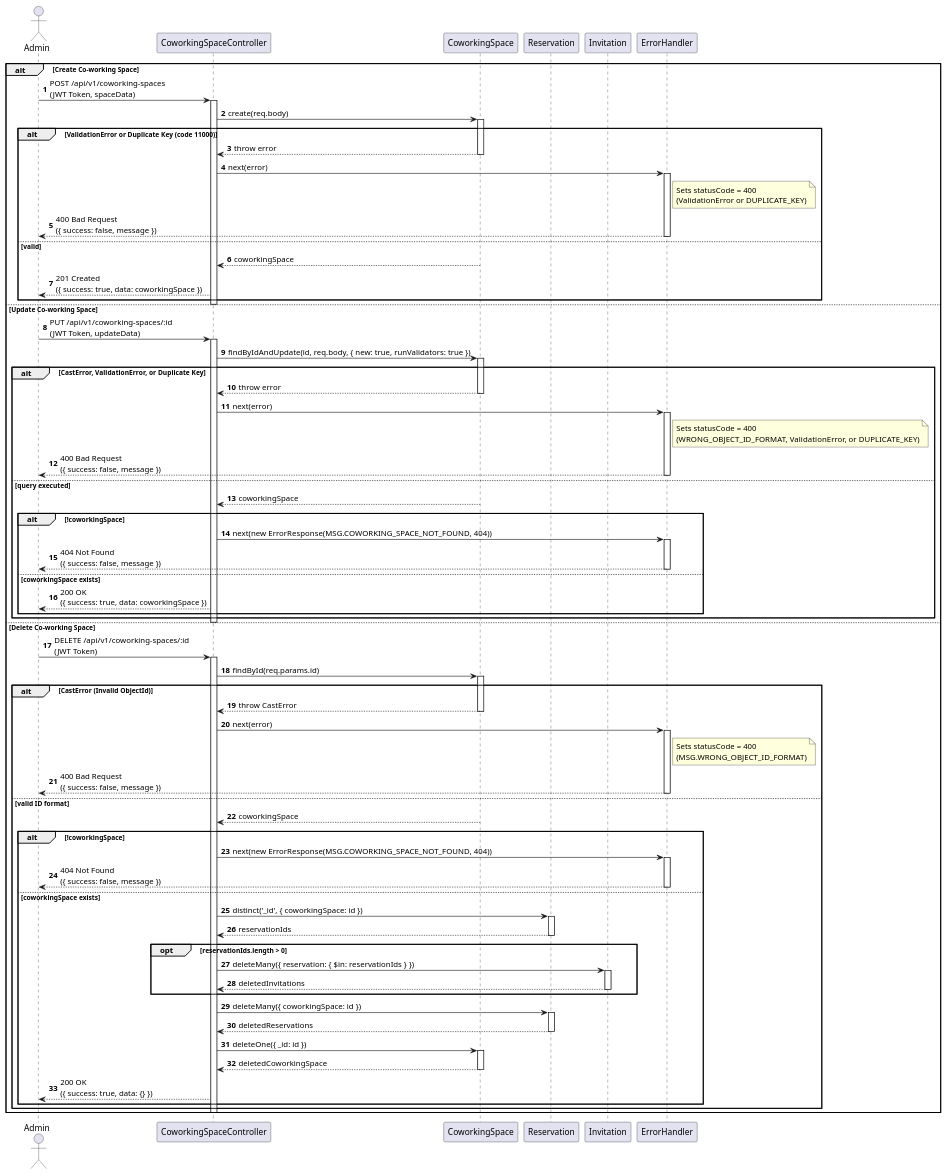
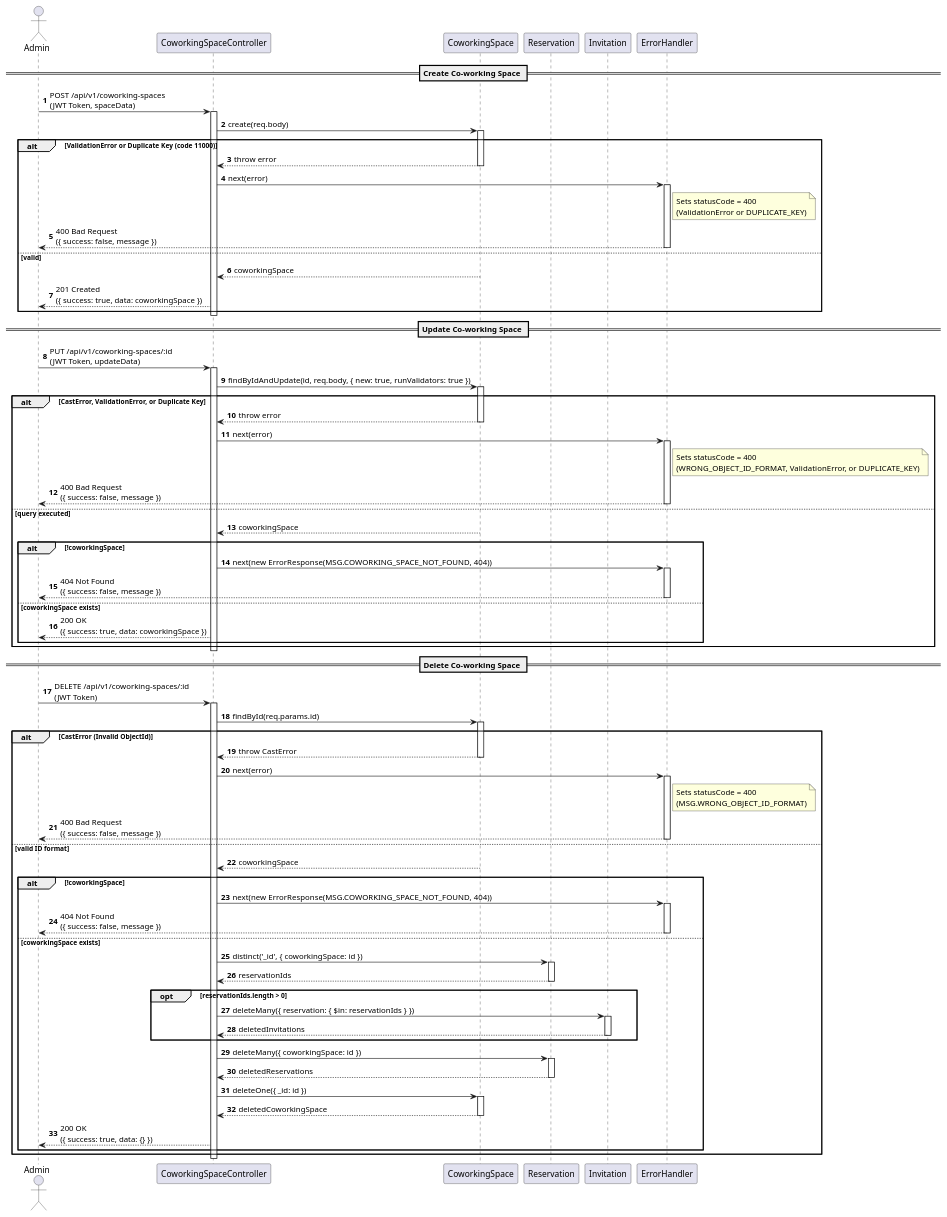
The diagram in docs/diagrams/sequence-diagram/seq-manage-coworking-spaces.puml (AiSiriRak/peony-room), drawn with PlantUML before and after one commit. The commit also changed 10 other files, not shown here.

Commit message:
fix(docs): add logout seq and edit sequence

```diff
--- a/docs/diagrams/sequence-diagram/seq-manage-coworking-spaces.puml
+++ b/docs/diagrams/sequence-diagram/seq-manage-coworking-spaces.puml
@@ -1,118 +1,121 @@
 @startuml Manage Co-working Spaces Sequence
 autonumber
 
 actor "Admin" as admin
 participant "CoworkingSpaceController" as controller
 participant "CoworkingSpace" as spaceSchema
 participant "Reservation" as reservationSchema
 participant "Invitation" as invitationSchema
 participant "ErrorHandler" as errHandler
 
-alt Create Co-working Space
-    admin -> controller : POST /api/v1/coworking-spaces\n(JWT Token, spaceData)
-    activate controller
+== Create Co-working Space ==
 
-    controller -> spaceSchema : create(req.body)
-    activate spaceSchema
+admin -> controller : POST /api/v1/coworking-spaces\n(JWT Token, spaceData)
+activate controller
 
-    alt ValidationError or Duplicate Key (code 11000)
-        spaceSchema --> controller : throw error
-        deactivate spaceSchema
-        controller -> errHandler : next(error)
+controller -> spaceSchema : create(req.body)
+activate spaceSchema
+
+alt ValidationError or Duplicate Key (code 11000)
+    spaceSchema --> controller : throw error
+    deactivate spaceSchema
+    controller -> errHandler : next(error)
+    activate errHandler
+    note right of errHandler : Sets statusCode = 400\n(ValidationError or DUPLICATE_KEY)
+    errHandler --> admin : 400 Bad Request\n({ success: false, message })
+    deactivate errHandler
+else valid
+    spaceSchema --> controller : coworkingSpace
+    deactivate spaceSchema
+    controller --> admin : 201 Created\n({ success: true, data: coworkingSpace })
+end
+
+deactivate controller
+
+== Update Co-working Space ==
+
+admin -> controller : PUT /api/v1/coworking-spaces/:id\n(JWT Token, updateData)
+activate controller
+
+controller -> spaceSchema : findByIdAndUpdate(id, req.body, { new: true, runValidators: true })
+activate spaceSchema
+
+alt CastError, ValidationError, or Duplicate Key
+    spaceSchema --> controller : throw error
+    deactivate spaceSchema
+    controller -> errHandler : next(error)
+    activate errHandler
+    note right of errHandler : Sets statusCode = 400\n(WRONG_OBJECT_ID_FORMAT, ValidationError, or DUPLICATE_KEY)
+    errHandler --> admin : 400 Bad Request\n({ success: false, message })
+    deactivate errHandler
+else query executed
+    spaceSchema --> controller : coworkingSpace
+    deactivate spaceSchema
+
+    alt !coworkingSpace
+        controller -> errHandler : next(new ErrorResponse(MSG.COWORKING_SPACE_NOT_FOUND, 404))
         activate errHandler
-        note right of errHandler : Sets statusCode = 400\n(ValidationError or DUPLICATE_KEY)
-        errHandler --> admin : 400 Bad Request\n({ success: false, message })
+        errHandler --> admin : 404 Not Found\n({ success: false, message })
         deactivate errHandler
-    else valid
-        spaceSchema --> controller : coworkingSpace
-        deactivate spaceSchema
-        controller --> admin : 201 Created\n({ success: true, data: coworkingSpace })
+    else coworkingSpace exists
+        controller --> admin : 200 OK\n({ success: true, data: coworkingSpace })
     end
+end
 
-    deactivate controller
+deactivate controller
 
-else Update Co-working Space
-    admin -> controller : PUT /api/v1/coworking-spaces/:id\n(JWT Token, updateData)
-    activate controller
+== Delete Co-working Space ==
 
-    controller -> spaceSchema : findByIdAndUpdate(id, req.body, { new: true, runValidators: true })
-    activate spaceSchema
+admin -> controller : DELETE /api/v1/coworking-spaces/:id\n(JWT Token)
+activate controller
 
-    alt CastError, ValidationError, or Duplicate Key
-        spaceSchema --> controller : throw error
-        deactivate spaceSchema
-        controller -> errHandler : next(error)
+controller -> spaceSchema : findById(req.params.id)
+activate spaceSchema
+
+alt CastError (Invalid ObjectId)
+    spaceSchema --> controller : throw CastError
+    deactivate spaceSchema
+    controller -> errHandler : next(error)
+    activate errHandler
+    note right of errHandler : Sets statusCode = 400\n(MSG.WRONG_OBJECT_ID_FORMAT)
+    errHandler --> admin : 400 Bad Request\n({ success: false, message })
+    deactivate errHandler
+else valid ID format
+    spaceSchema --> controller : coworkingSpace
+    deactivate spaceSchema
+
+    alt !coworkingSpace
+        controller -> errHandler : next(new ErrorResponse(MSG.COWORKING_SPACE_NOT_FOUND, 404))
         activate errHandler
-        note right of errHandler : Sets statusCode = 400\n(WRONG_OBJECT_ID_FORMAT, ValidationError, or DUPLICATE_KEY)
-        errHandler --> admin : 400 Bad Request\n({ success: false, message })
+        errHandler --> admin : 404 Not Found\n({ success: false, message })
         deactivate errHandler
-    else query executed
-        spaceSchema --> controller : coworkingSpace
+    else coworkingSpace exists
+        controller -> reservationSchema : distinct('_id', { coworkingSpace: id })
+        activate reservationSchema
+        reservationSchema --> controller : reservationIds
+        deactivate reservationSchema
+
+        opt reservationIds.length > 0
+            controller -> invitationSchema : deleteMany({ reservation: { $in: reservationIds } })
+            activate invitationSchema
+            invitationSchema --> controller : deletedInvitations
+            deactivate invitationSchema
+        end
+
+        controller -> reservationSchema : deleteMany({ coworkingSpace: id })
+        activate reservationSchema
+        reservationSchema --> controller : deletedReservations
+        deactivate reservationSchema
+
+        controller -> spaceSchema : deleteOne({ _id: id })
+        activate spaceSchema
+        spaceSchema --> controller : deletedCoworkingSpace
         deactivate spaceSchema
 
-        alt !coworkingSpace
-            controller -> errHandler : next(new ErrorResponse(MSG.COWORKING_SPACE_NOT_FOUND, 404))
-            activate errHandler
-            errHandler --> admin : 404 Not Found\n({ success: false, message })
-            deactivate errHandler
-        else coworkingSpace exists
-            controller --> admin : 200 OK\n({ success: true, data: coworkingSpace })
-        end
+        controller --> admin : 200 OK\n({ success: true, data: {} })
     end
+end
 
-    deactivate controller
+deactivate controller
 
-else Delete Co-working Space
-    admin -> controller : DELETE /api/v1/coworking-spaces/:id\n(JWT Token)
-    activate controller
-
-    controller -> spaceSchema : findById(req.params.id)
-    activate spaceSchema
-
-    alt CastError (Invalid ObjectId)
-        spaceSchema --> controller : throw CastError
-        deactivate spaceSchema
-        controller -> errHandler : next(error)
-        activate errHandler
-        note right of errHandler : Sets statusCode = 400\n(MSG.WRONG_OBJECT_ID_FORMAT)
-        errHandler --> admin : 400 Bad Request\n({ success: false, message })
-        deactivate errHandler
-    else valid ID format
-        spaceSchema --> controller : coworkingSpace
-        deactivate spaceSchema
-
-        alt !coworkingSpace
-            controller -> errHandler : next(new ErrorResponse(MSG.COWORKING_SPACE_NOT_FOUND, 404))
-            activate errHandler
-            errHandler --> admin : 404 Not Found\n({ success: false, message })
-            deactivate errHandler
-        else coworkingSpace exists
-            controller -> reservationSchema : distinct('_id', { coworkingSpace: id })
-            activate reservationSchema
-            reservationSchema --> controller : reservationIds
-            deactivate reservationSchema
-
-            opt reservationIds.length > 0
-                controller -> invitationSchema : deleteMany({ reservation: { $in: reservationIds } })
-                activate invitationSchema
-                invitationSchema --> controller : deletedInvitations
-                deactivate invitationSchema
-            end
-
-            controller -> reservationSchema : deleteMany({ coworkingSpace: id })
-            activate reservationSchema
-            reservationSchema --> controller : deletedReservations
-            deactivate reservationSchema
-
-            controller -> spaceSchema : deleteOne({ _id: id })
-            activate spaceSchema
-            spaceSchema --> controller : deletedCoworkingSpace
-            deactivate spaceSchema
-
-            controller --> admin : 200 OK\n({ success: true, data: {} })
-        end
-    end
-
-    deactivate controller
-end
 @enduml
```
